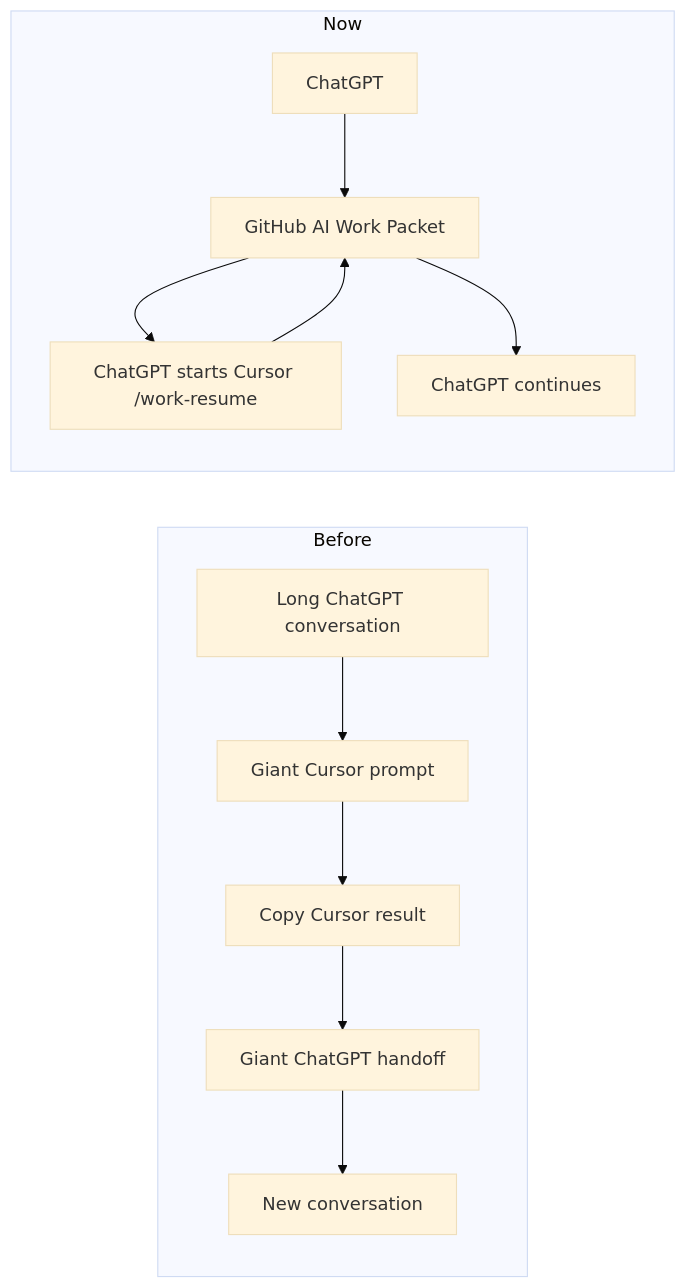
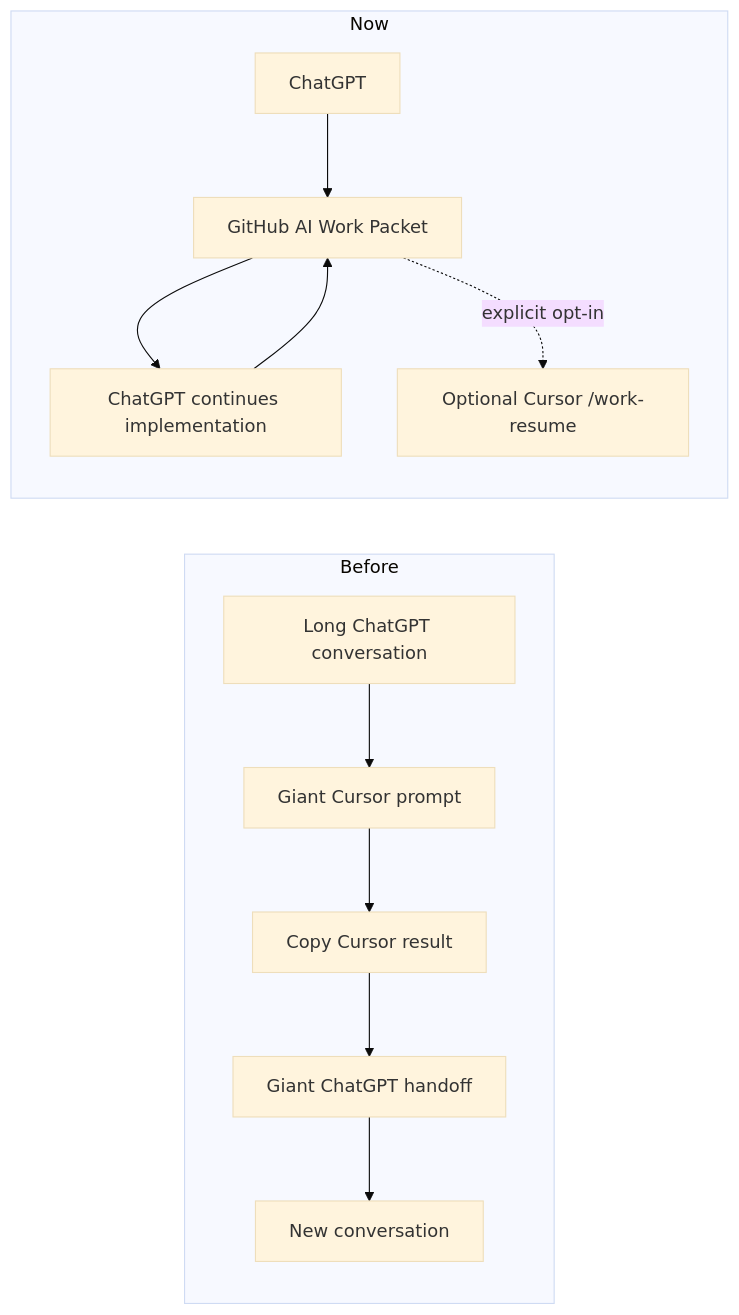
Before and after one commit to datarelay-labs/engineering-system-docs: the first of 2 diagrams in session-continuity.mdx, drawn with Mermaid (base theme). The commit also changed other lines of this file and 21 other files, not shown here.

Commit message:
docs: make ChatGPT the default implementation path

```diff
--- a/session-continuity.mdx
+++ b/session-continuity.mdx
@@ -14,16 +14,16 @@
 ~~~mermaid
 flowchart LR
     subgraph BEFORE["Before"]
       A1["Long ChatGPT conversation"] --> A2["Giant Cursor prompt"]
       A2 --> A3["Copy Cursor result"]
       A3 --> A4["Giant ChatGPT handoff"]
       A4 --> A5["New conversation"]
     end
 
     subgraph AFTER["Now"]
       B1["ChatGPT"] --> B2["GitHub AI Work Packet"]
-      B2 --> B3["ChatGPT starts Cursor /work-resume"]
+      B2 --> B3["ChatGPT continues implementation"]
       B3 --> B2
-      B2 --> B4["ChatGPT continues"]
+      B2 -. explicit opt-in .-> B4["Optional Cursor /work-resume"]
     end
 ~~~
```
